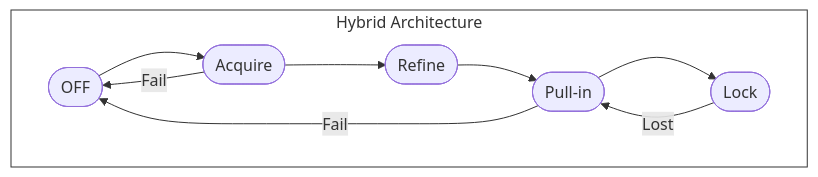
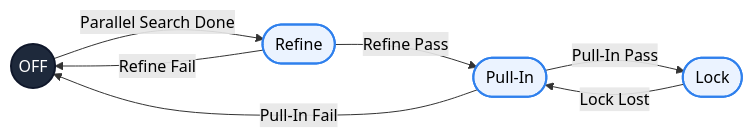
Before and after one commit to pocper/SoC-GPS-Hybrid-Acquisition: the second of 2 diagrams in README.md, drawn with Mermaid. The commit also changed other lines of this file and 5 other files, not shown here.

````diff
--- a/README.md
+++ b/README.md
@@ -147,16 +141,15 @@
 ``` mermaid
 graph LR
-    subgraph HYB [Hybrid Architecture]
-        direction LR
-        OFF([OFF]) --> Acquire([Acquire])
-        Acquire --> Refine([Refine])
-        Refine --> Pull-in([Pull-in])
-        Pull-in --> Lock([Lock])
-        
-        Acquire -- Fail --> OFF
-        Pull-in -- Fail --> OFF
-        Lock -- Lost --> Pull-in
-    end
+    classDef mainState fill:#EBF3FF,stroke:#2F80ED,stroke-width:2px,color:#000000,rx:8,ry:8;
+    classDef startState fill:#1E293B,stroke:#0F172A,stroke-width:2px,color:#FFFFFF,rx:50,ry:50;
     
-    style HYB fill:#fff,stroke:#333,stroke-width:1px
+    linkStyle default color:#000000,background-color:#FFFFFF,stroke-width:1px;
+
+    OFF((OFF)):::startState -->|Parallel Search Done| Refine([Refine]):::mainState
+    Refine -->|Refine Pass| Pull-In(["Pull-In"]):::mainState
+    Pull-In -->|Pull-In Pass| Lock([Lock]):::mainState
+
+    Refine -->|Refine Fail| OFF
+    Pull-In -->|Pull-In Fail| OFF
+    Lock -->|Lock Lost| Pull-In
 ```
````
